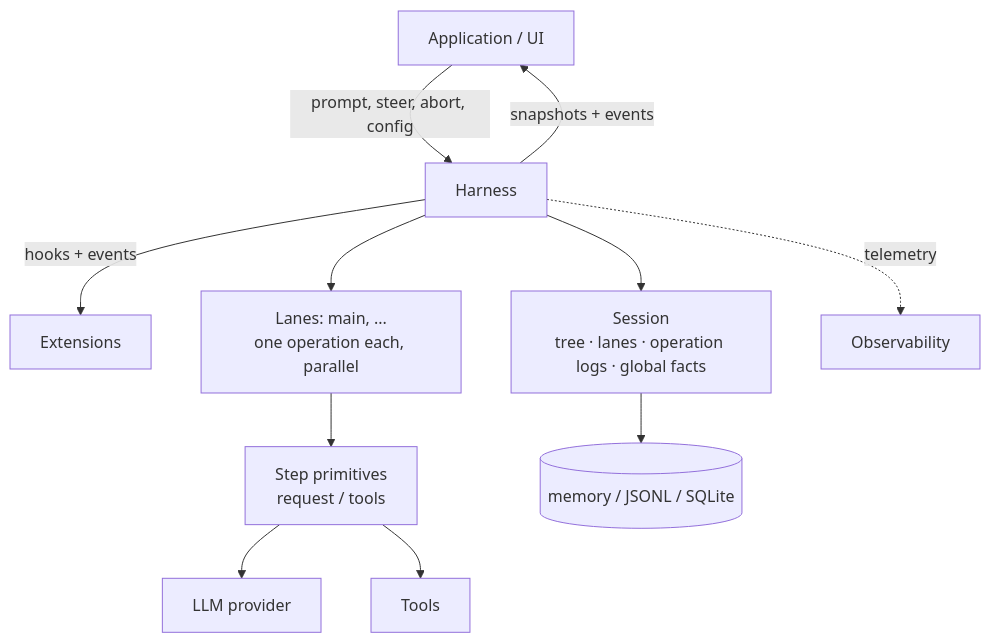
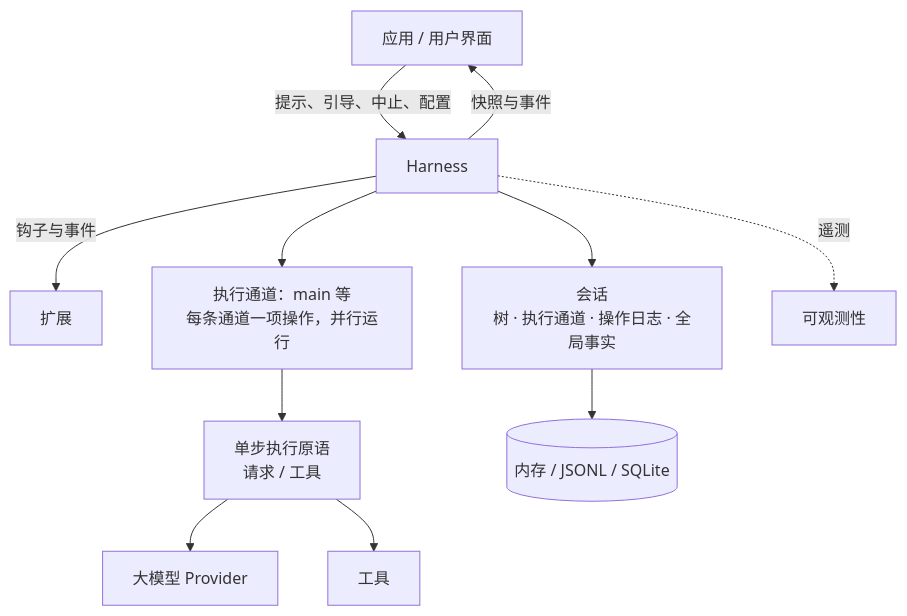
One commit to S-helios/RustTraining changed the first of 2 diagrams in notes-blog/src/ai-agent/pi/harness-v2-zh.md. Above: the diagram before and after it, drawn with Mermaid. The commit also changed other lines of this file and 15 other files, not shown here.

Commit message:
fix(docs): render translated diagrams and support themes

````diff
--- a/notes-blog/src/ai-agent/pi/harness-v2-zh.md
+++ b/notes-blog/src/ai-agent/pi/harness-v2-zh.md
@@ -5,13 +5,13 @@
 ```mermaid
 flowchart TD
-    App[Application / UI] -->|prompt, steer, abort, config| Harness
-    Harness -->|snapshots + events| App
-    Harness -->|hooks + events| Ext[Extensions]
-    Harness --> Lanes[Lanes: main, ...<br/>one operation each, parallel]
-    Lanes --> Loop[Step primitives<br/>request / tools]
-    Loop --> Provider[LLM provider]
-    Loop --> Tools[Tools]
-    Harness --> Session[Session<br/>tree · lanes · operation logs · global facts]
-    Session --> Storage[(memory / JSONL / SQLite)]
-    Harness -.->|telemetry| Obs[Observability]
+    App[应用 / 用户界面] -->|提示、引导、中止、配置| Harness
+    Harness -->|快照与事件| App
+    Harness -->|钩子与事件| Ext[扩展]
+    Harness --> Lanes[执行通道：main 等<br/>每条通道一项操作，并行运行]
+    Lanes --> Loop[单步执行原语<br/>请求 / 工具]
+    Loop --> Provider[大模型 Provider]
+    Loop --> Tools[工具]
+    Harness --> Session[会话<br/>树 · 执行通道 · 操作日志 · 全局事实]
+    Session --> Storage[(内存 / JSONL / SQLite)]
+    Harness -.->|遥测| Obs[可观测性]
 ```
````
